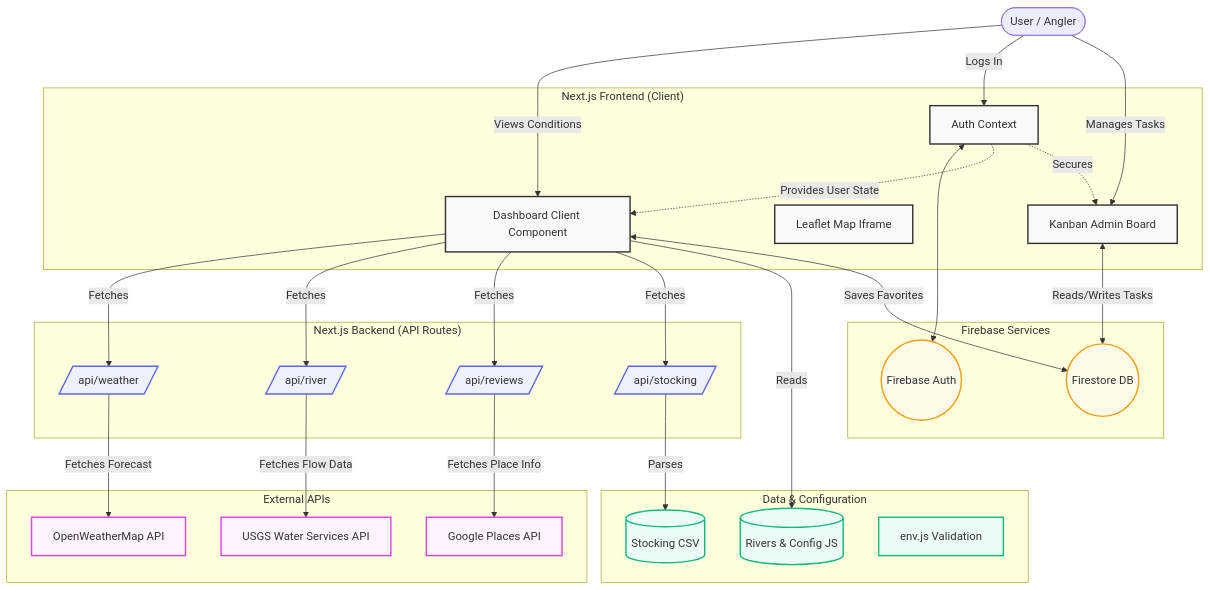
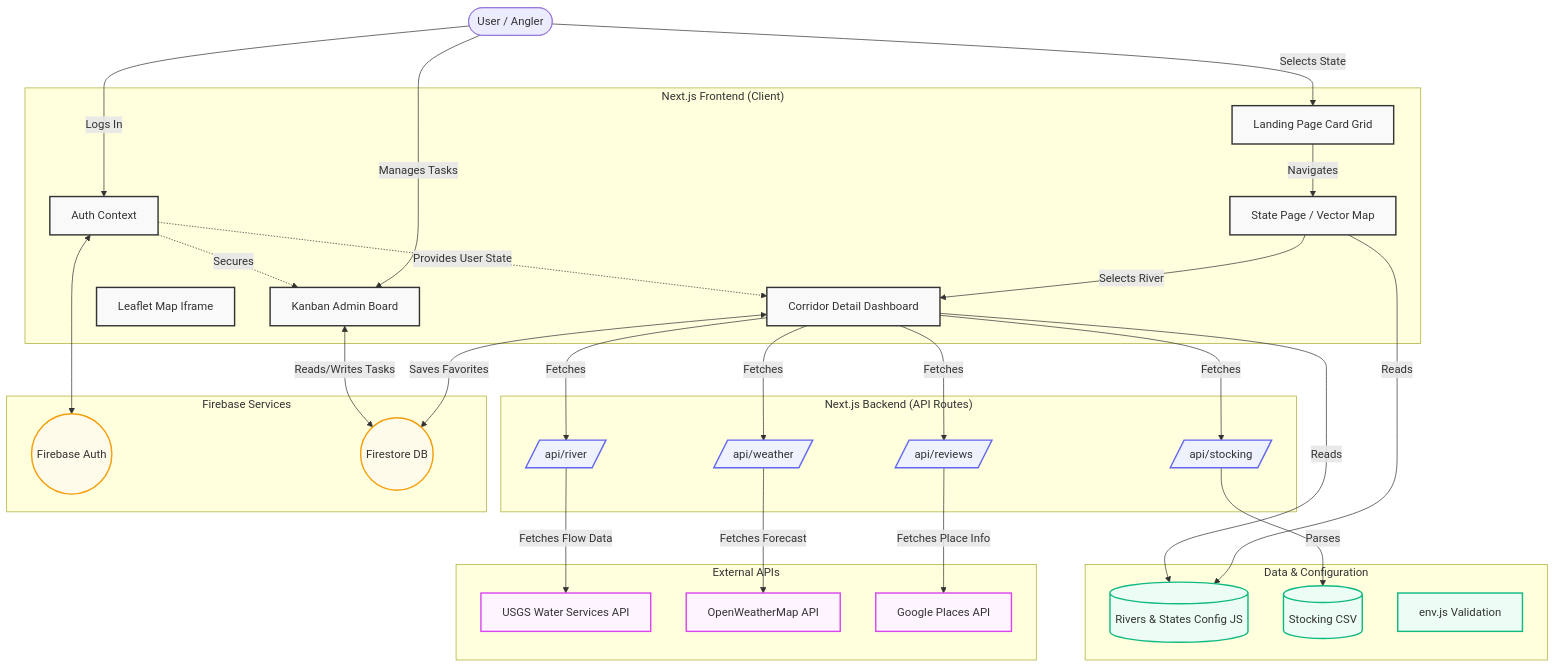
Before and after one commit to john4526/fly-fishing-trip-planner: the diagram in ARCHITECTURE.md, drawn with Mermaid. The commit also changed other lines of this file and 27 other files, not shown here.

Commit message:
feat: preserve state and corridor dashboard foundation

````diff
--- a/ARCHITECTURE.md
+++ b/ARCHITECTURE.md
@@ -9,69 +9,74 @@
 ```mermaid
 graph TD
     %% Styling
     classDef client fill:#f9f9f9,stroke:#333,stroke-width:2px;
     classDef server fill:#eef2ff,stroke:#6366f1,stroke-width:2px;
     classDef external fill:#fdf4ff,stroke:#d946ef,stroke-width:2px;
     classDef firebase fill:#fffbeb,stroke:#f59e0b,stroke-width:2px;
     classDef static fill:#ecfdf5,stroke:#10b981,stroke-width:2px;
 
     User([User / Angler])
 
     subgraph "Next.js Frontend (Client)"
-        Dashboard[Dashboard Client Component]:::client
+        Landing[Landing Page Card Grid]:::client
+        StateOverview[State Page / Vector Map]:::client
+        CorridorDetails[Corridor Detail Dashboard]:::client
         Auth[Auth Context]:::client
         Map[Leaflet Map Iframe]:::client
         Admin[Kanban Admin Board]:::client
     end
 
     subgraph "Next.js Backend (API Routes)"
         WeatherAPI[/api/weather/]:::server
         RiverAPI[/api/river/]:::server
         ReviewsAPI[/api/reviews/]:::server
         StockingAPI[/api/stocking/]:::server
     end
 
     subgraph "Data & Configuration"
-        StaticConfig[(Rivers & Config JS)]:::static
+        StaticConfig[(Rivers & States Config JS)]:::static
         StockingCSV[(Stocking CSV)]:::static
         EnvConfig[env.js Validation]:::static
     end
 
     subgraph "Firebase Services"
         FirebaseAuth((Firebase Auth)):::firebase
         Firestore((Firestore DB)):::firebase
     end
 
     subgraph "External APIs"
         USGS[USGS Water Services API]:::external
         OpenWeather[OpenWeatherMap API]:::external
         GooglePlaces[Google Places API]:::external
     end
 
     %% User Interactions
-    User -->|Views Conditions| Dashboard
+    User -->|Selects State| Landing
+    Landing -->|Navigates| StateOverview
+    StateOverview -->|Selects River| CorridorDetails
     User -->|Logs In| Auth
     User -->|Manages Tasks| Admin
 
     %% Frontend to Backend
-    Dashboard -->|Fetches| WeatherAPI
-    Dashboard -->|Fetches| RiverAPI
-    Dashboard -->|Fetches| ReviewsAPI
-    Dashboard -->|Fetches| StockingAPI
-    Dashboard -->|Reads| StaticConfig
+    CorridorDetails -->|Fetches| WeatherAPI
+    CorridorDetails -->|Fetches| RiverAPI
+    CorridorDetails -->|Fetches| ReviewsAPI
+    CorridorDetails -->|Fetches| StockingAPI
+    StateOverview -->|Reads| StaticConfig
+    CorridorDetails -->|Reads| StaticConfig
 
     %% Auth & DB
     Auth <--> FirebaseAuth
-    Dashboard <-->|Saves Favorites| Firestore
+    CorridorDetails <-->|Saves Favorites| Firestore
     Admin <-->|Reads/Writes Tasks| Firestore
 
     %% Backend to External APIs
     WeatherAPI -->|Fetches Forecast| OpenWeather
     RiverAPI -->|Fetches Flow Data| USGS
     ReviewsAPI -->|Fetches Place Info| GooglePlaces
     StockingAPI -->|Parses| StockingCSV
 
     %% Context Flow
-    Auth -.->|Provides User State| Dashboard
+    Auth -.->|Provides User State| CorridorDetails
     Auth -.->|Secures| Admin
 ```
````
